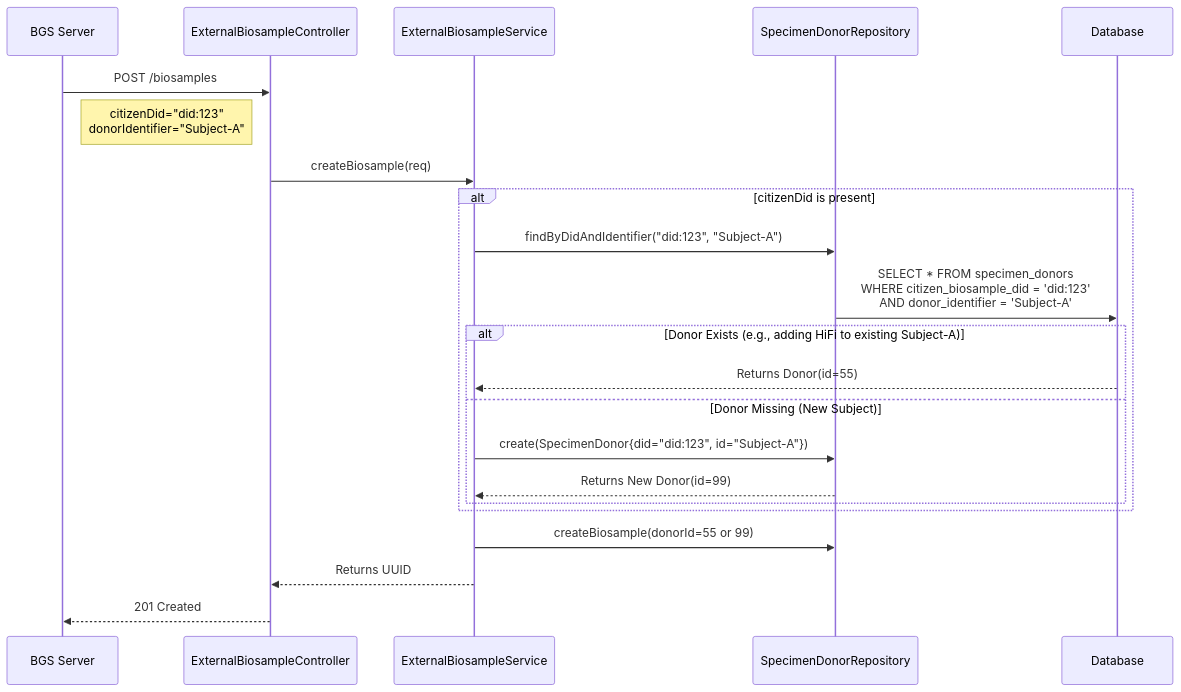
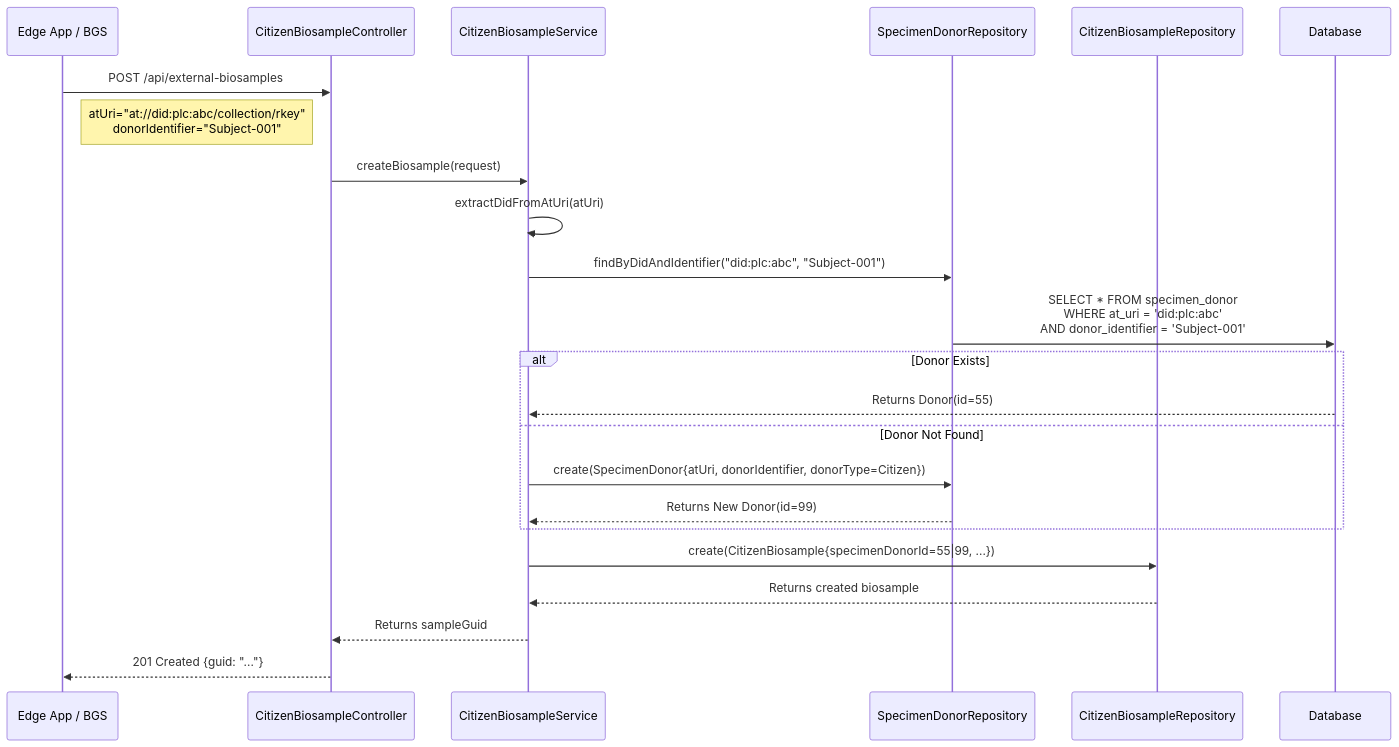
Before and after one commit to JamesKane/decodingus: the diagram in documents/BGS_Integration_Plan.md, drawn with Mermaid. The commit also changed other lines of this file and 3 other files, not shown here.

Commit message:
Refactor CitizenBiosampleService to delegate Firehose event handling to new event-driven CitizenBiosampleEventHandler. Introduce unified FirehoseEvent abstraction for Create, Update, and Delete operations.

````diff
--- a/documents/BGS_Integration_Plan.md
+++ b/documents/BGS_Integration_Plan.md
@@ -32,29 +77,31 @@
 ```mermaid
 sequenceDiagram
-    participant BGS as BGS Server
-    participant API as ExternalBiosampleController
-    participant Service as ExternalBiosampleService
-    participant Repo as SpecimenDonorRepository
+    participant BGS as Edge App / BGS
+    participant API as CitizenBiosampleController
+    participant Service as CitizenBiosampleService
+    participant DonorRepo as SpecimenDonorRepository
+    participant BioRepo as CitizenBiosampleRepository
     participant DB as Database
 
-    BGS->>API: POST /biosamples
-    Note right of BGS: citizenDid="did:123"<br/>donorIdentifier="Subject-A"
-    
-    API->>Service: createBiosample(req)
-    
-    alt citizenDid is present
-        Service->>Repo: findByDidAndIdentifier("did:123", "Subject-A")
-        Repo->>DB: SELECT * FROM specimen_donors <br/>WHERE citizen_biosample_did = 'did:123' <br/>AND donor_identifier = 'Subject-A'
-        
-        alt Donor Exists (e.g., adding HiFi to existing Subject-A)
-            DB-->>Service: Returns Donor(id=55)
-        else Donor Missing (New Subject)
-            Service->>Repo: create(SpecimenDonor{did="did:123", id="Subject-A"})
-            Repo-->>Service: Returns New Donor(id=99)
-        end
+    BGS->>API: POST /api/external-biosamples
+    Note right of BGS: atUri="at://did:plc:abc/collection/rkey"<br/>donorIdentifier="Subject-001"
+
+    API->>Service: createBiosample(request)
+    Service->>Service: extractDidFromAtUri(atUri)
+
+    Service->>DonorRepo: findByDidAndIdentifier("did:plc:abc", "Subject-001")
+    DonorRepo->>DB: SELECT * FROM specimen_donor<br/>WHERE at_uri = 'did:plc:abc'<br/>AND donor_identifier = 'Subject-001'
+
+    alt Donor Exists
+        DB-->>Service: Returns Donor(id=55)
+    else Donor Not Found
+        Service->>DonorRepo: create(SpecimenDonor{atUri, donorIdentifier, donorType=Citizen})
+        DonorRepo-->>Service: Returns New Donor(id=99)
     end
 
-    Service->>Repo: createBiosample(donorId=55 or 99)
-    Service-->>API: Returns UUID
-    API-->>BGS: 201 Created
+    Service->>BioRepo: create(CitizenBiosample{specimenDonorId=55|99, ...})
+    BioRepo-->>Service: Returns created biosample
+
+    Service-->>API: Returns sampleGuid
+    API-->>BGS: 201 Created {guid: "..."}
 ```
````
